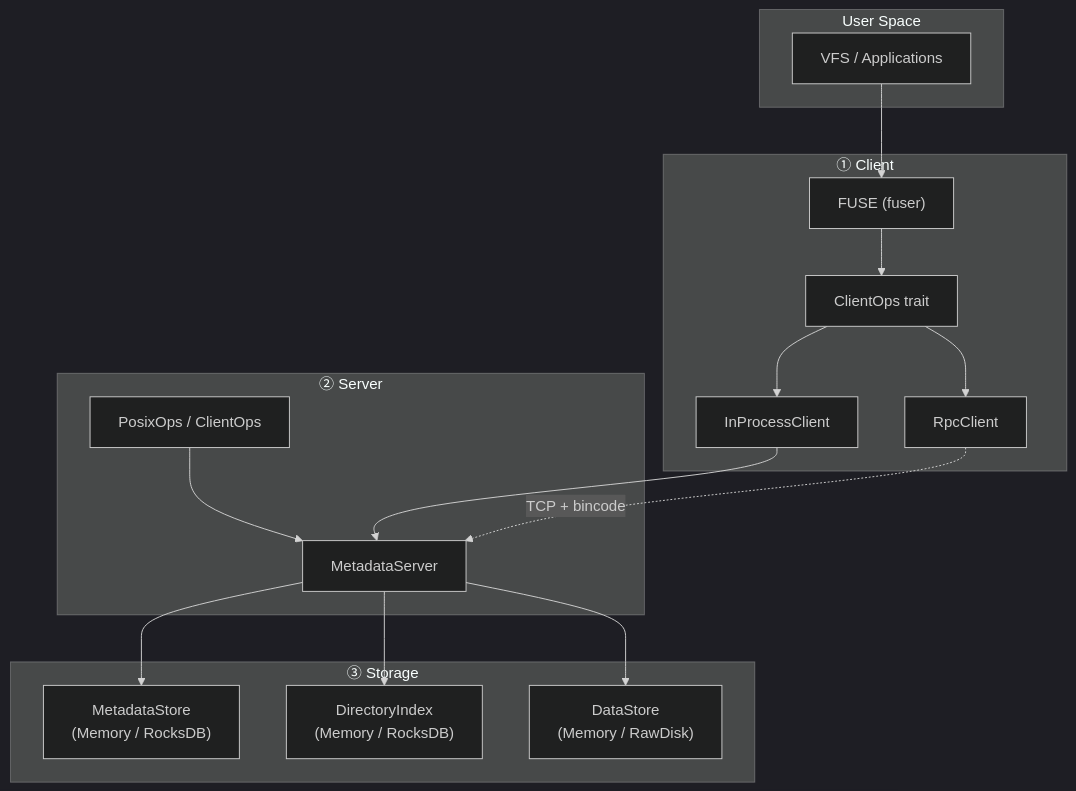
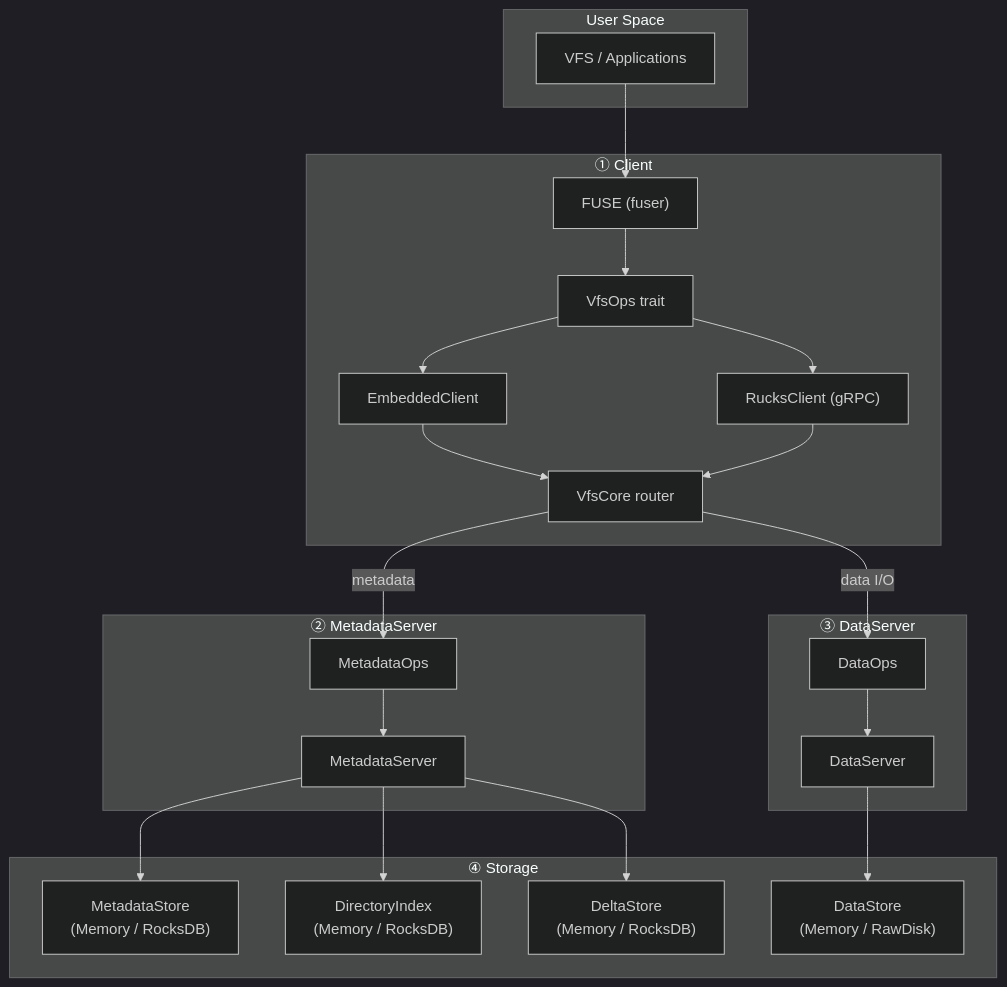
The diagram in README.md (csjgg/rucksfs), drawn with Mermaid (dark theme) before and after one commit. The commit also changed other lines of this file, not shown here.

Commit message:
docs(readme): update README for MetadataServer + DataServer architecture split

````diff
--- a/README.md
+++ b/README.md
@@ -39,35 +52,46 @@
 ```mermaid
 flowchart TB
     subgraph App["User Space"]
         VFS["VFS / Applications"]
     end
 
     subgraph Client["① Client"]
         FUSE["FUSE (fuser)"]
-        ClientTrait["ClientOps trait"]
-        InProcess["InProcessClient"]
-        RPCClient["RpcClient"]
-        FUSE --> ClientTrait
-        ClientTrait --> InProcess
-        ClientTrait --> RPCClient
+        VfsOps["VfsOps trait"]
+        Embedded["EmbeddedClient"]
+        Rucks["RucksClient (gRPC)"]
+        VfsCore["VfsCore router"]
+        FUSE --> VfsOps
+        VfsOps --> Embedded
+        VfsOps --> Rucks
+        Embedded --> VfsCore
+        Rucks --> VfsCore
     end
 
-    subgraph Server["② Server"]
-        Posix["PosixOps / ClientOps"]
-        MetaServer["MetadataServer"]
-        Posix --> MetaServer
+    subgraph MServer["② MetadataServer"]
+        MetaOps["MetadataOps"]
+        MetaSrv["MetadataServer"]
+        MetaOps --> MetaSrv
     end
 
-    subgraph Storage["③ Storage"]
+    subgraph DServer["③ DataServer"]
+        DataOps["DataOps"]
+        DataSrv["DataServer"]
+        DataOps --> DataSrv
+    end
+
+    subgraph Storage["④ Storage"]
         MetaStore["MetadataStore\n(Memory / RocksDB)"]
         DirIndex["DirectoryIndex\n(Memory / RocksDB)"]
+        DeltaStore["DeltaStore\n(Memory / RocksDB)"]
         DataStore["DataStore\n(Memory / RawDisk)"]
     end
 
     VFS --> FUSE
-    InProcess --> MetaServer
-    RPCClient -.->|"TCP + bincode"| MetaServer
-    MetaServer --> MetaStore
-    MetaServer --> DirIndex
-    MetaServer --> DataStore
+    VfsCore -->|"metadata"| MetaOps
+    VfsCore -->|"data I/O"| DataOps
+    MetaSrv --> MetaStore
+    MetaSrv --> DirIndex
+    MetaSrv --> DeltaStore
+    DataSrv --> DataStore
 ```
````
